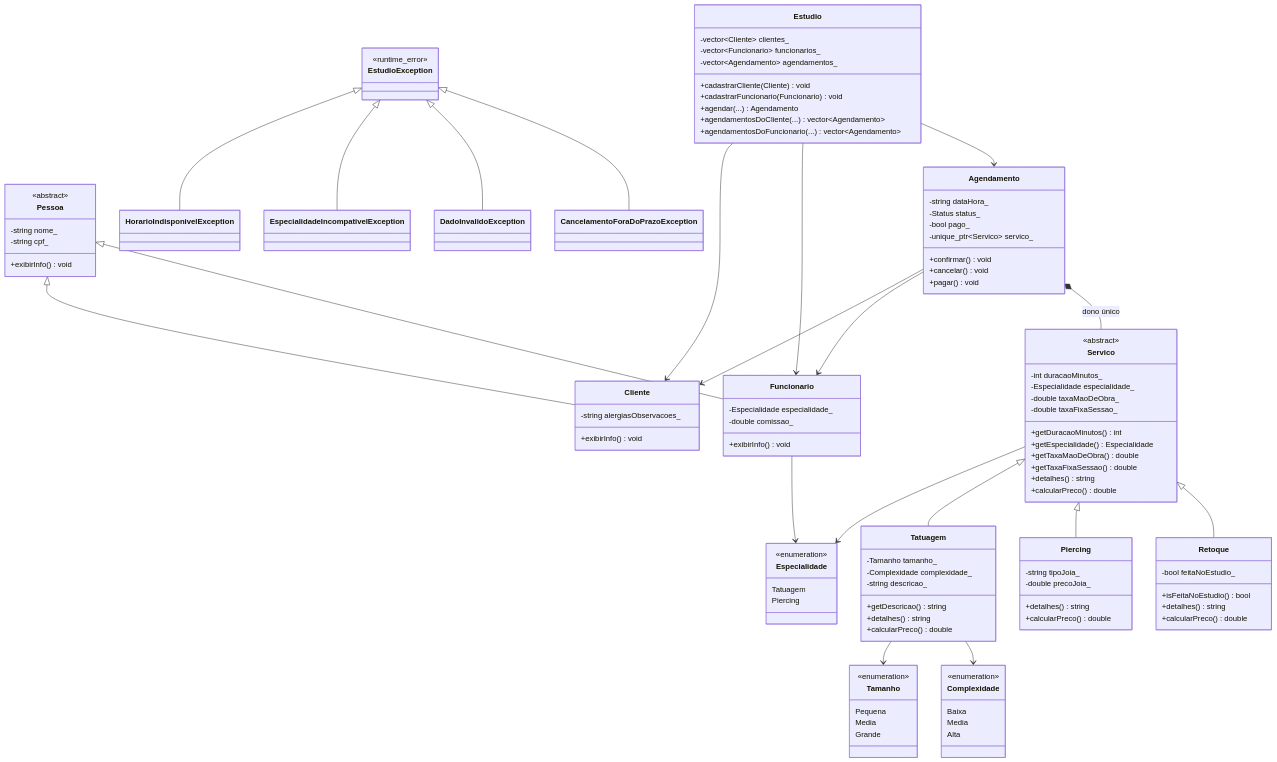
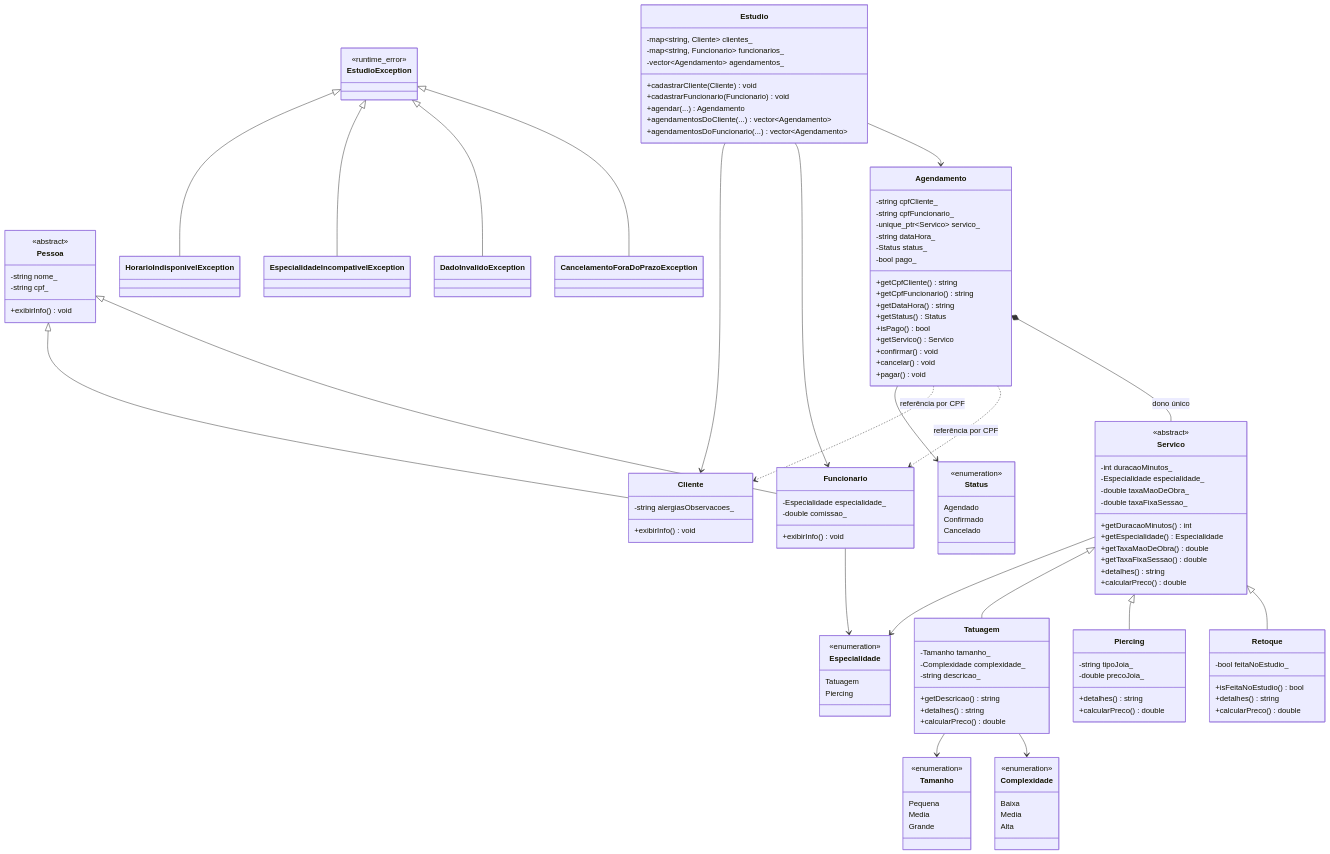
One commit to lfvperes/estudio-tatuagem changed the diagram in README.md. Above: the diagram before and after it, drawn with Mermaid. The commit also changed other lines of this file, not shown here.

Commit message:
docs: :memo: atualiza diagrama e tarefas com o Agendamento

```diff
--- a/README.md
+++ b/README.md
@@ -132,18 +132,35 @@
     Servico <|-- Retoque
 
     class Agendamento {
+        -string cpfCliente_
+        -string cpfFuncionario_
+        -unique_ptr~Servico~ servico_
         -string dataHora_
         -Status status_
         -bool pago_
-        -unique_ptr~Servico~ servico_
+        +getCpfCliente() string
+        +getCpfFuncionario() string
+        +getDataHora() string
+        +getStatus() Status
+        +isPago() bool
+        +getServico() Servico
         +confirmar() void
         +cancelar() void
         +pagar() void
     }
 
+    class Status {
+        <<enumeration>>
+        Agendado
+        Confirmado
+        Cancelado
+    }
+
+    Agendamento --> Status
+
     class Estudio {
-        -vector~Cliente~ clientes_
-        -vector~Funcionario~ funcionarios_
+        -map~string, Cliente~ clientes_
+        -map~string, Funcionario~ funcionarios_
         -vector~Agendamento~ agendamentos_
         +cadastrarCliente(Cliente) void
         +cadastrarFuncionario(Funcionario) void
@@ -152,8 +169,8 @@
         +agendamentosDoFuncionario(...) vector~Agendamento~
     }
 
-    Agendamento --> Cliente
-    Agendamento --> Funcionario
+    Agendamento ..> Cliente : referência por CPF
+    Agendamento ..> Funcionario : referência por CPF
     Agendamento *-- Servico : dono único
     Estudio --> Cliente
     Estudio --> Funcionario
```
